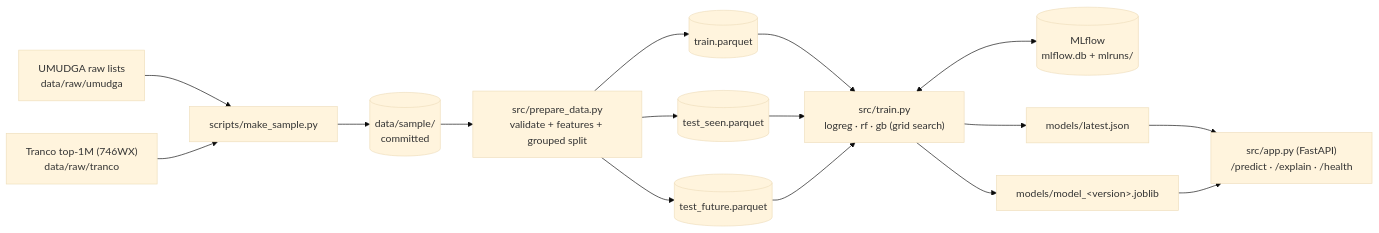
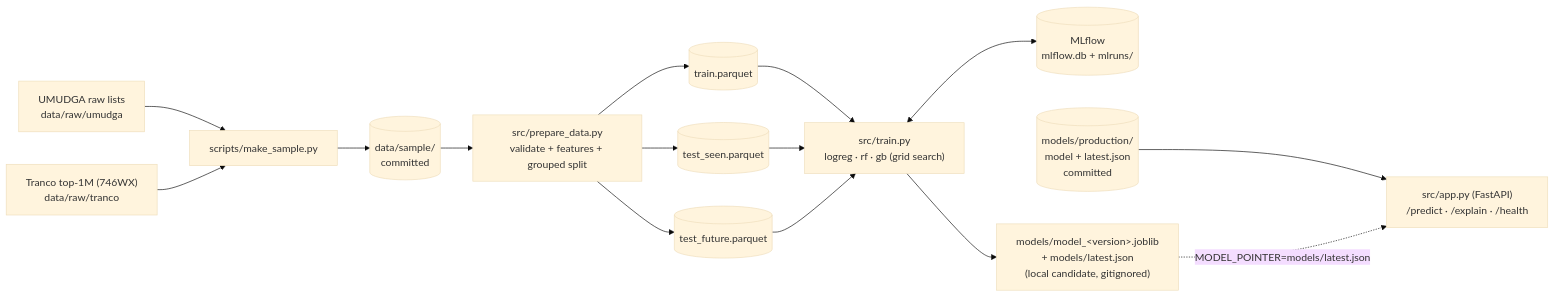
The diagram in README.md (Piranchall/DGAlert), drawn with Mermaid (base theme) before and after one commit. The commit also changed other lines of this file and 1 other file, not shown here.

Commit message:
docs: document the production model, MODEL_POINTER and the requirements split

````diff
--- a/README.md
+++ b/README.md
@@ -24,18 +24,17 @@
 ```mermaid
 flowchart LR
     U["UMUDGA raw lists<br/>data/raw/umudga"] --> MS["scripts/make_sample.py"]
     T["Tranco top-1M (746WX)<br/>data/raw/tranco"] --> MS
     MS --> S[("data/sample/<br/>committed")]
     S --> P["src/prepare_data.py<br/>validate + features + grouped split"]
     P --> TR[("train.parquet")]
     P --> TS[("test_seen.parquet")]
     P --> TF[("test_future.parquet")]
     TR --> TN["src/train.py<br/>logreg · rf · gb (grid search)"]
     TS --> TN
     TF --> TN
     TN <--> ML[("MLflow<br/>mlflow.db + mlruns/")]
-    TN --> M["models/model_&lt;version&gt;.joblib"]
-    TN --> L["models/latest.json"]
-    L --> API["src/app.py (FastAPI)<br/>/predict · /explain · /health"]
-    M --> API
+    TN --> M["models/model_&lt;version&gt;.joblib<br/>+ models/latest.json<br/>(local candidate, gitignored)"]
+    PR[("models/production/<br/>model + latest.json<br/>committed")] --> API["src/app.py (FastAPI)<br/>/predict · /explain · /health"]
+    M -. "MODEL_POINTER=models/latest.json" .-> API
 ```
````
